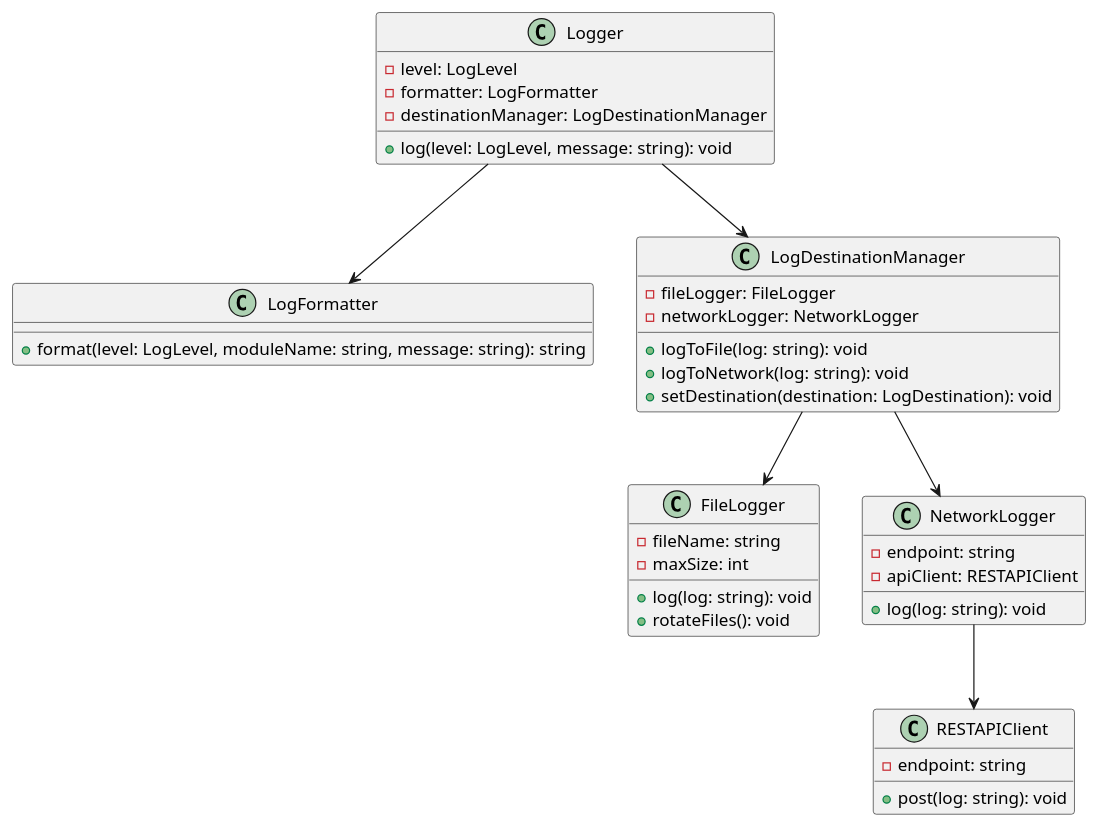
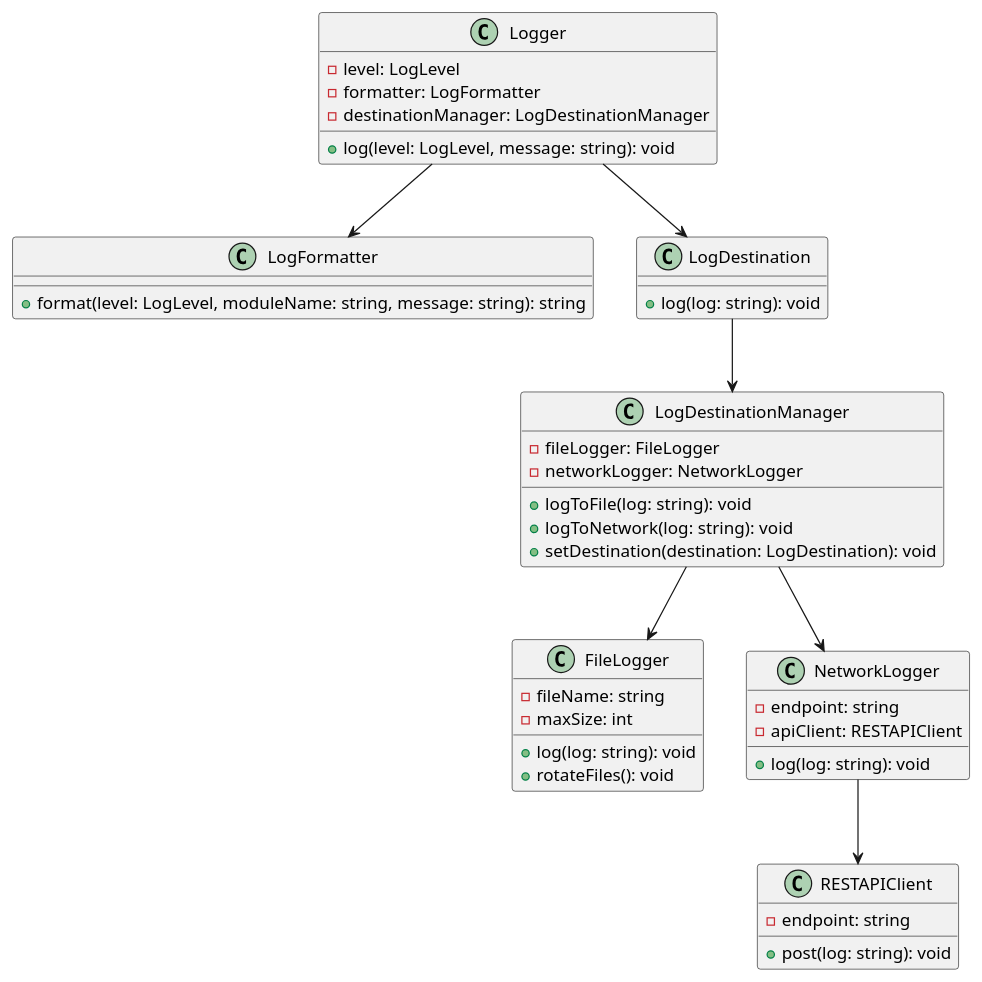
The diagram in docs/diagrams/interface.plantuml (Marcin279/logger_library), drawn with PlantUML before and after one commit. The commit also changed 22 other files, not shown here.

Commit message:
Add FileLogger, LogFormatter and LogDestinationManager implementation

```diff
--- a/docs/diagrams/interface.plantuml
+++ b/docs/diagrams/interface.plantuml
@@ -1,45 +1,50 @@
 @startuml
 class Logger {
   - level: LogLevel
   - formatter: LogFormatter
   - destinationManager: LogDestinationManager
   + log(level: LogLevel, message: string): void
 }
 
 class LogFormatter {
   + format(level: LogLevel, moduleName: string, message: string): string
+}
+
+class LogDestination {
+  + log(log: string): void
 }
 
 class LogDestinationManager {
   - fileLogger: FileLogger
   - networkLogger: NetworkLogger
   + logToFile(log: string): void
   + logToNetwork(log: string): void
   + setDestination(destination: LogDestination): void
 }
 
 class FileLogger {
   - fileName: string
   - maxSize: int
   + log(log: string): void
   + rotateFiles(): void
 }
 
 class NetworkLogger {
   - endpoint: string
   - apiClient: RESTAPIClient
   + log(log: string): void
 }
 
 class RESTAPIClient {
   - endpoint: string
   + post(log: string): void
 }
 
 Logger --> LogFormatter
-Logger --> LogDestinationManager
+Logger --> LogDestination
+LogDestination --> LogDestinationManager
 LogDestinationManager --> FileLogger
 LogDestinationManager --> NetworkLogger
 NetworkLogger --> RESTAPIClient
 
 @enduml
```
